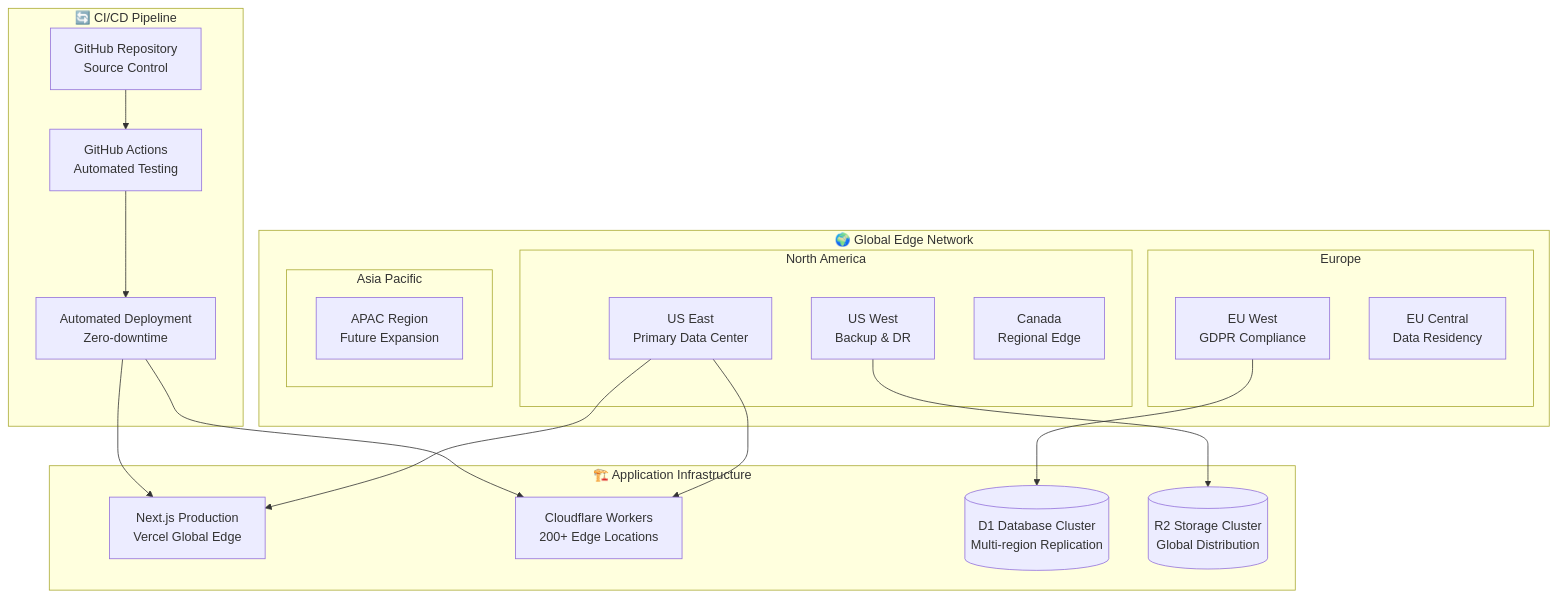
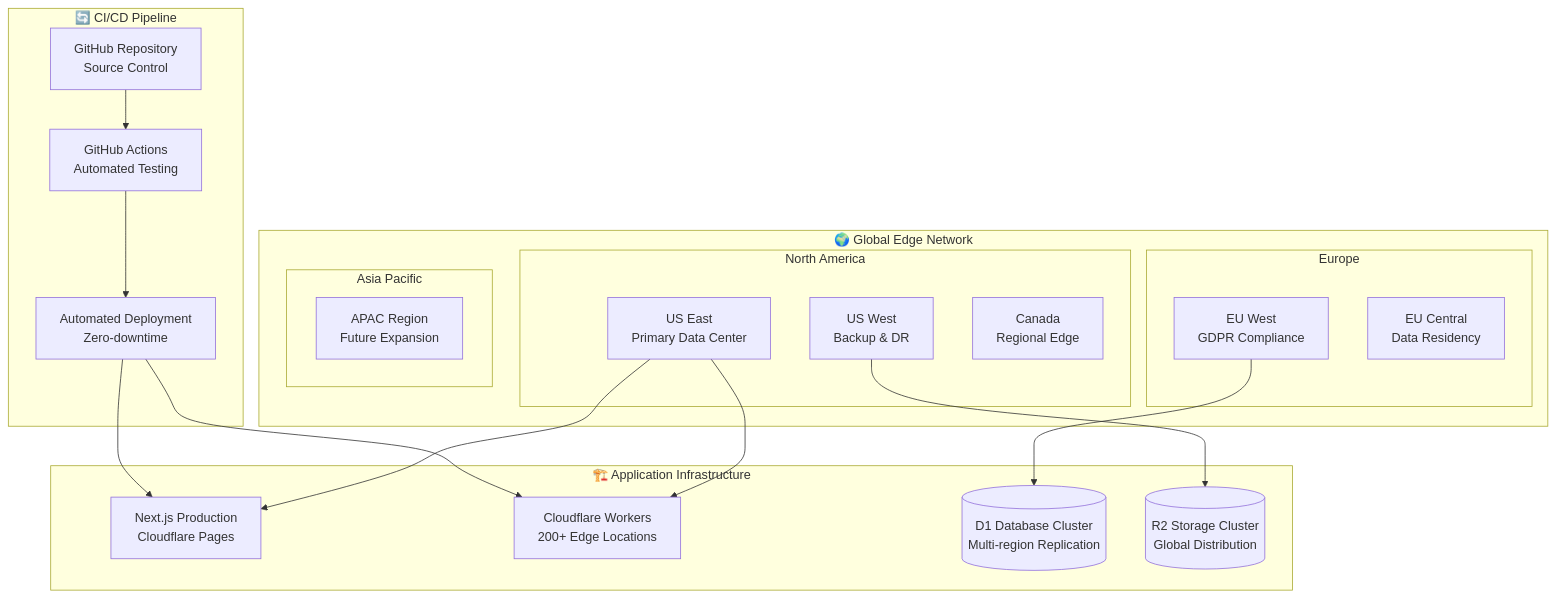
Before and after one commit to financeaiguy/humber-os: the ninth of 10 diagrams in README.md, drawn with Mermaid. The commit also changed other lines of this file and 50 other files, not shown here.

````diff
--- a/README.md
+++ b/README.md
@@ -919,42 +919,42 @@
 ```mermaid
 graph TB
     subgraph "🌍 Global Edge Network"
         subgraph "North America"
             US_E[US East<br/>Primary Data Center]
             US_W[US West<br/>Backup & DR]
             CANADA[Canada<br/>Regional Edge]
         end
         
         subgraph "Europe"
             EU_W[EU West<br/>GDPR Compliance]
             EU_C[EU Central<br/>Data Residency]
         end
         
         subgraph "Asia Pacific"
             APAC[APAC Region<br/>Future Expansion]
         end
     end
 
     subgraph "🏗️ Application Infrastructure"
-        NEXT_PROD[Next.js Production<br/>Vercel Global Edge]
+        NEXT_PROD[Next.js Production<br/>Cloudflare Pages]
         WORKER_PROD[Cloudflare Workers<br/>200+ Edge Locations]
         DB_CLUSTER[(D1 Database Cluster<br/>Multi-region Replication)]
         STORAGE_CLUSTER[(R2 Storage Cluster<br/>Global Distribution)]
     end
 
     subgraph "🔄 CI/CD Pipeline"
         GITHUB[GitHub Repository<br/>Source Control]
         ACTIONS[GitHub Actions<br/>Automated Testing]
         DEPLOY[Automated Deployment<br/>Zero-downtime]
     end
 
     US_E --> NEXT_PROD
     US_E --> WORKER_PROD
     EU_W --> DB_CLUSTER
     US_W --> STORAGE_CLUSTER
 
     GITHUB --> ACTIONS
     ACTIONS --> DEPLOY
     DEPLOY --> NEXT_PROD
     DEPLOY --> WORKER_PROD
 ```
````
